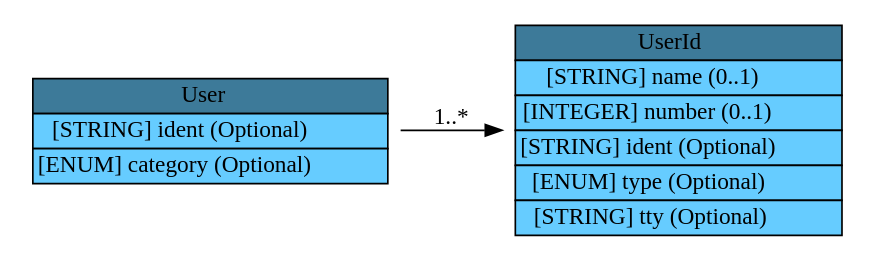
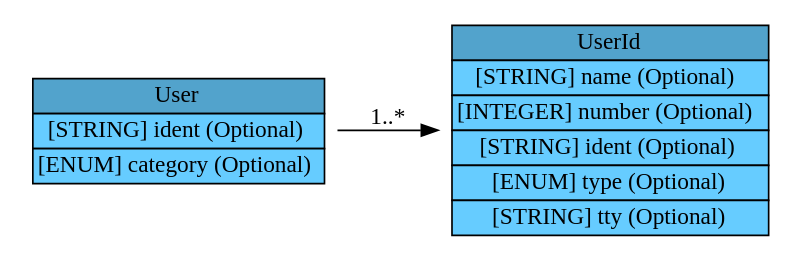
Before and after one commit to Moutix/idmef_parser: the diagram in idmef/graph/User.dot, drawn with Graphviz. The commit also changed 197 other files, not shown here.

Commit message:
Update Graphs

```diff
--- a/idmef/graph/User.dot
+++ b/idmef/graph/User.dot
@@ -1,8 +1,19 @@
 digraph User {
-	graph [rankdir=LR];
+	graph [bb="0,0,454,134",
+		rankdir=LR
+	];
 	node [label="\N"];
-	graph [bb="0,0,488,128"];
-	User [label=<<table BORDER="0" CELLBORDER="1" CELLSPACING="0"> <tr > <td BGCOLOR="#3d7a99" HREF="#" TITLE="The User class is used to describe users. It is primarily used as a &quot;container&quot; class for the UserId aggregate class, as shown in Figure 16. ">User</td> </tr>" %<tr><td BGCOLOR="#66CCFF" HREF="#" TITLE="A unique identifier for the user; see Section 3.2.9.">[STRING] ident (Optional) </td></tr>%<tr><td BGCOLOR="#66CCFF" HREF="#" TITLE="The type of user represented.  The permitted values for this attribute are shown below.  The default value is &quot;unknown&quot;. (See also Section 10.)">[ENUM] category (Optional) </td></tr>%</table>>, shape=plaintext, pos="110,64", width="3.0278", height="0.95833"];
-	UserId [label=<<table BORDER="0" CELLBORDER="1" CELLSPACING="0"> <tr > <td BGCOLOR="#3d7a99" HREF="#" TITLE="The UserId class provides specific information about a user. More than one UserId can be used within the User class to indicate attempts to transition from one user to another, or to provide complete information about a user&#39;s (or process&#39;) privileges. ">UserId</td> </tr>" %<tr><td BGCOLOR="#66CCFF" HREF="#" TITLE="A user or group name.">[STRING] name (0..1) </td></tr>%<tr><td BGCOLOR="#66CCFF" HREF="#" TITLE="A user or group number.">[INTEGER] number (0..1) </td></tr>%<tr><td BGCOLOR="#66CCFF" HREF="#" TITLE="A unique identifier for the user id, see Section 3.2.9.">[STRING] ident (Optional) </td></tr>%<tr><td BGCOLOR="#66CCFF" HREF="#" TITLE="The type of user information represented.  The permitted values for this attribute are shown below.  The default value is &quot;original-user&quot;.  (See also Section 10.)">[ENUM] type (Optional) </td></tr>%<tr><td BGCOLOR="#66CCFF" HREF="#" TITLE="The tty the user is using.">[STRING] tty (Optional) </td></tr>%</table>>, shape=plaintext, pos="385,64", width="2.8611", height="1.7917"];
-	User -> UserId [label="1..*", pos="e,282,64 219.87,64 237.01,64 254.74,64 271.94,64", lp="251,72.5"];
+	User	 [height=0.98611,
+		label=<<table BORDER="0" CELLBORDER="1" CELLSPACING="0"> <tr> <td BGCOLOR="#52a3cc" HREF="#" TITLE="The User class is used to describe users. It is primarily used as a &quot;container&quot; class for the UserId aggregate class, as shown in Figure 16. "><FONT FACE="Nimbus Sans L">User</FONT></td> </tr>" %<tr><td BGCOLOR="#66CCFF"  HREF="#" TITLE="A unique identifier for the user; see Section 3.2.9."><FONT FACE="Nimbus Sans L">[STRING] ident (Optional)</FONT></td></tr>%<tr><td BGCOLOR="#66CCFF"  HREF="#" TITLE="The type of user represented.  The permitted values for this attribute are shown below.  The default value is &quot;unknown&quot;. (See also Section 10.)"><FONT FACE="Nimbus Sans L">[ENUM] category (Optional)</FONT></td></tr>%</table>>,
+		pos="95,67",
+		shape=plaintext,
+		width=2.6389];
+	UserId	 [height=1.8611,
+		label=<<table BORDER="0" CELLBORDER="1" CELLSPACING="0"> <tr> <td BGCOLOR="#52a3cc" HREF="#" TITLE="The UserId class provides specific information about a user. More than one UserId can be used within the User class to indicate attempts to transition from one user to another, or to provide complete information about a user&#39;s (or process&#39;) privileges. "><FONT FACE="Nimbus Sans L">UserId</FONT></td> </tr>" %<tr><td BGCOLOR="#66CCFF"  HREF="#" TITLE="A user or group name."><FONT FACE="Nimbus Sans L">[STRING] name (Optional)</FONT></td></tr>%<tr><td BGCOLOR="#66CCFF"  HREF="#" TITLE="A user or group number."><FONT FACE="Nimbus Sans L">[INTEGER] number (Optional)</FONT></td></tr>%<tr><td BGCOLOR="#66CCFF"  HREF="#" TITLE="A unique identifier for the user id, see Section 3.2.9."><FONT FACE="Nimbus Sans L">[STRING] ident (Optional)</FONT></td></tr>%<tr><td BGCOLOR="#66CCFF"  HREF="#" TITLE="The type of user information represented.  The permitted values for this attribute are shown below.  The default value is &quot;original-user&quot;.  (See also Section 10.)"><FONT FACE="Nimbus Sans L">[ENUM] type (Optional)</FONT></td></tr>%<tr><td BGCOLOR="#66CCFF"  HREF="#" TITLE="The tty the user is using."><FONT FACE="Nimbus Sans L">[STRING] tty (Optional)</FONT></td></tr>%</table>>,
+		pos="351.5,67",
+		shape=plaintext,
+		width=2.8472];
+	User -> UserId	 [label="1..*",
+		lp="219.5,74.5",
+		pos="e,248.76,67 190.15,67 205.97,67 222.51,67 238.72,67"];
 }
```
